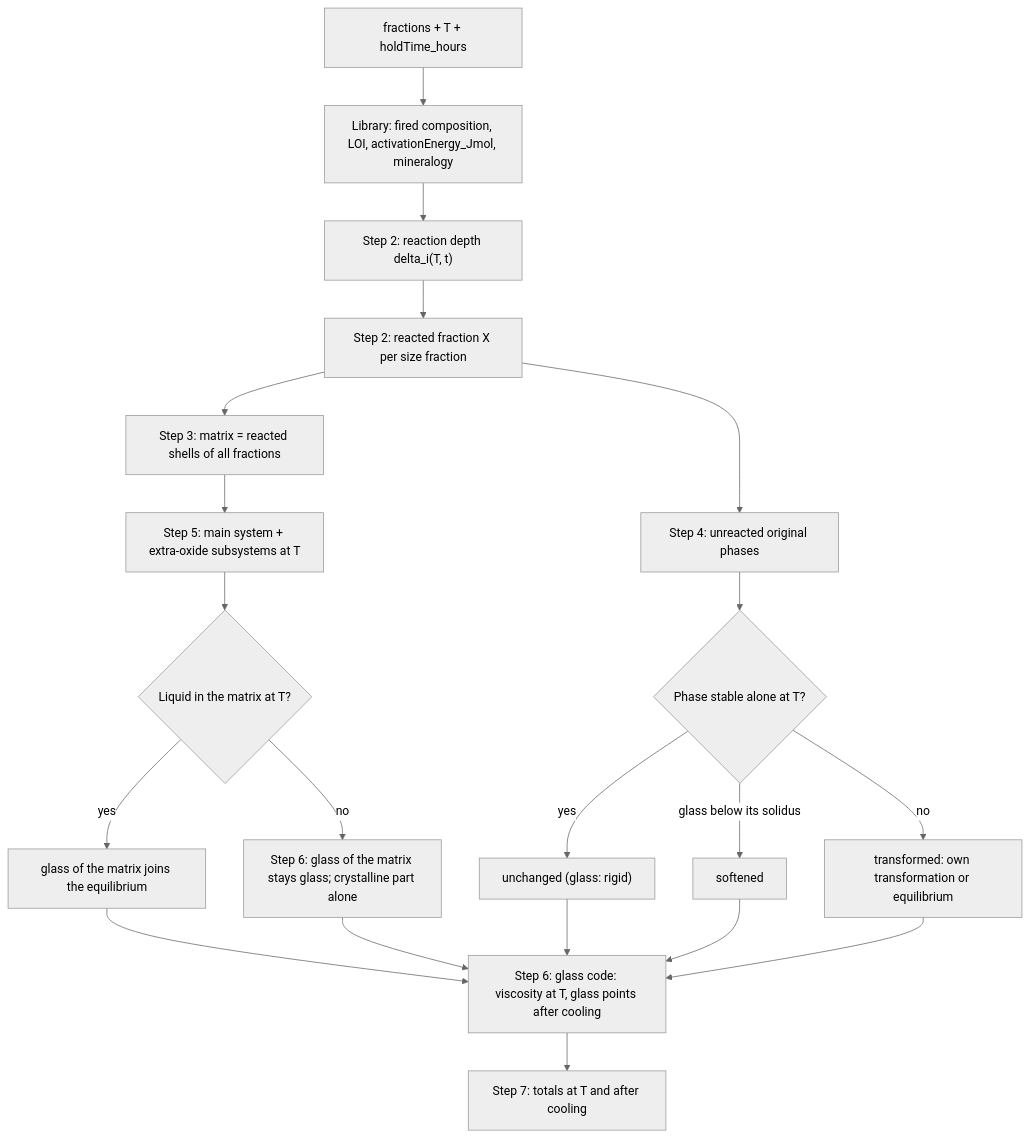
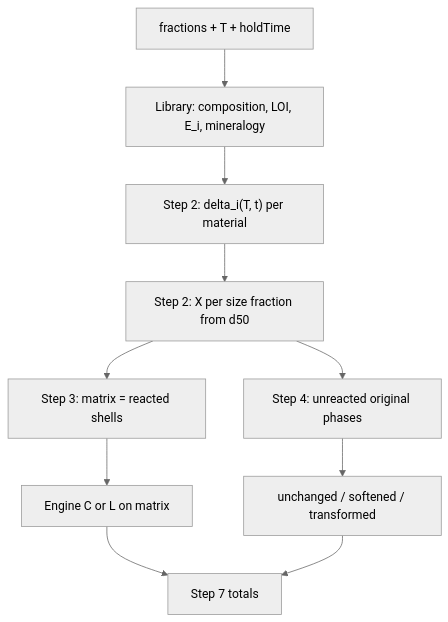
Before and after one commit to zakhovalkopavel/thermal-software: the second of 2 diagrams in docs/algorithms/phase-equilibrium/FULL_PHASE_EQUILIBRIUM.md, drawn with Mermaid (neutral theme). The commit also changed other lines of this file and 5 other files, not shown here.

Commit message:
Updated full phase equilibrium plan

````diff
--- a/docs/algorithms/phase-equilibrium/FULL_PHASE_EQUILIBRIUM.md
+++ b/docs/algorithms/phase-equilibrium/FULL_PHASE_EQUILIBRIUM.md
@@ -49,22 +103,12 @@
 ```mermaid
 flowchart TD
-  input["fractions + T + holdTime_hours"] --> lib["Library: fired composition, LOI, activationEnergy_Jmol, mineralogy"]
-  lib --> depth["Step 2: reaction depth delta_i(T, t)"]
-  depth --> react["Step 2: reacted fraction X per size fraction"]
-  react --> matrix["Step 3: matrix = reacted shells of all fractions"]
+  input["fractions + T + holdTime"] --> lib["Library: composition, LOI, E_i, mineralogy"]
+  lib --> depth["Step 2: delta_i(T, t) per material"]
+  depth --> react["Step 2: X per size fraction from d50"]
+  react --> matrix["Step 3: matrix = reacted shells"]
   react --> cores["Step 4: unreacted original phases"]
-  matrix --> eqM["Step 5: main system + extra-oxide subsystems at T"]
-  eqM --> sol{"Liquid in the matrix at T?"}
-  sol -->|yes| eqAll["glass of the matrix joins the equilibrium"]
-  sol -->|no| split["Step 6: glass of the matrix stays glass; crystalline part alone"]
-  cores --> stable{"Phase stable alone at T?"}
-  stable -->|yes| unchanged["unchanged (glass: rigid)"]
-  stable -->|"glass below its solidus"| softened[softened]
-  stable -->|no| transformed["transformed: own transformation or equilibrium"]
-  eqAll --> visc["Step 6: glass code: viscosity at T, glass points after cooling"]
-  split --> visc
-  unchanged --> visc
-  softened --> visc
-  transformed --> visc
-  visc --> total["Step 7: totals at T and after cooling"]
+  matrix --> eq["Engine C or L on matrix"]
+  cores --> own["unchanged / softened / transformed"]
+  eq --> totals["Step 7 totals"]
+  own --> totals
 ```
````
